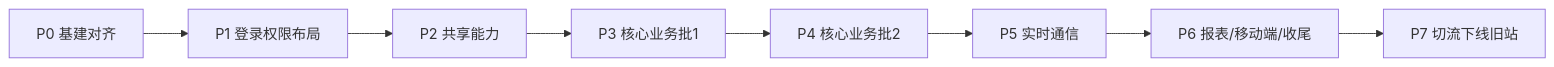
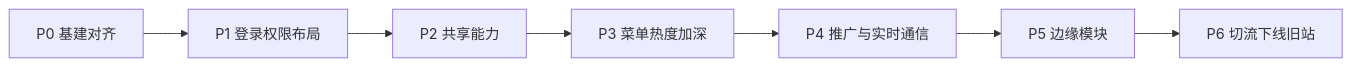
Before and after one commit to leoharley559/vben-cloud-platform: the diagram in cloudPlatform改版方案.md, drawn with Mermaid. The commit also changed other lines of this file and 851 other files, not shown here.

````diff
--- a/cloudPlatform改版方案.md
+++ b/cloudPlatform改版方案.md
@@ -50,10 +50,9 @@
 ```mermaid
 flowchart LR
   P0[P0 基建对齐] --> P1[P1 登录权限布局]
   P1 --> P2[P2 共享能力]
-  P2 --> P3[P3 核心业务批1]
-  P3 --> P4[P4 核心业务批2]
-  P4 --> P5[P5 实时通信]
-  P5 --> P6[P6 报表/移动端/收尾]
-  P6 --> P7[P7 切流下线旧站]
+  P2 --> P3[P3 菜单热度加深]
+  P3 --> P4[P4 推广与实时通信]
+  P4 --> P5[P5 边缘模块]
+  P5 --> P6[P6 切流下线旧站]
 ```
````
